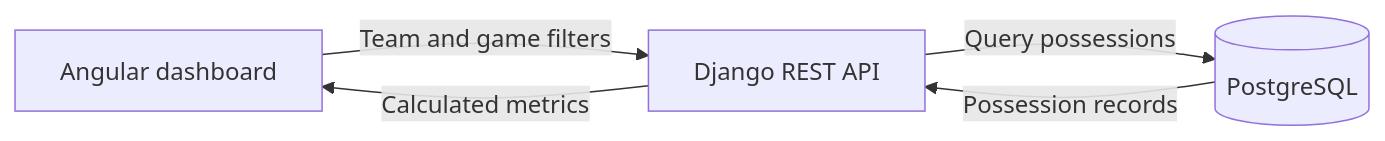
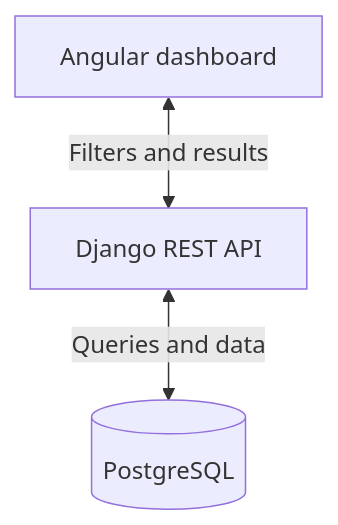
The diagram in README.md (joshuahernn/basketball-lineup-analyzer), drawn with Mermaid before and after one commit.

Commit message:
Improve README architecture diagram readability

````diff
--- a/README.md
+++ b/README.md
@@ -33,7 +33,5 @@
 ```mermaid
-flowchart LR
-    A[Angular dashboard] -->|Team and game filters| B[Django REST API]
-    B -->|Query possessions| C[(PostgreSQL)]
-    C -->|Possession records| B
-    B -->|Calculated metrics| A
+flowchart TD
+    A[Angular dashboard] <-->|Filters and results| B[Django REST API]
+    B <-->|Queries and data| C[(PostgreSQL)]
 ```
````
